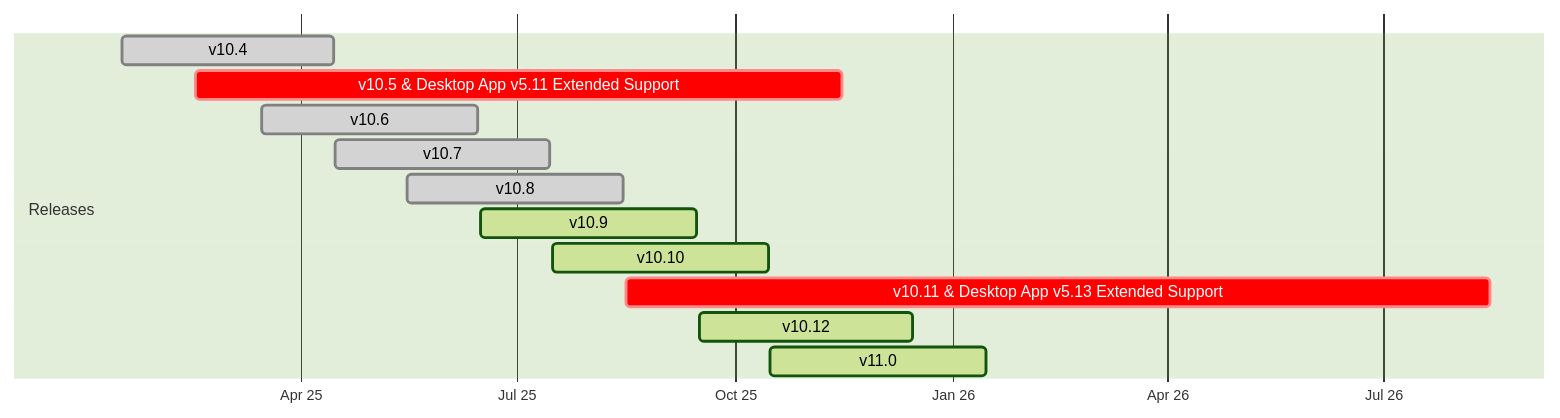
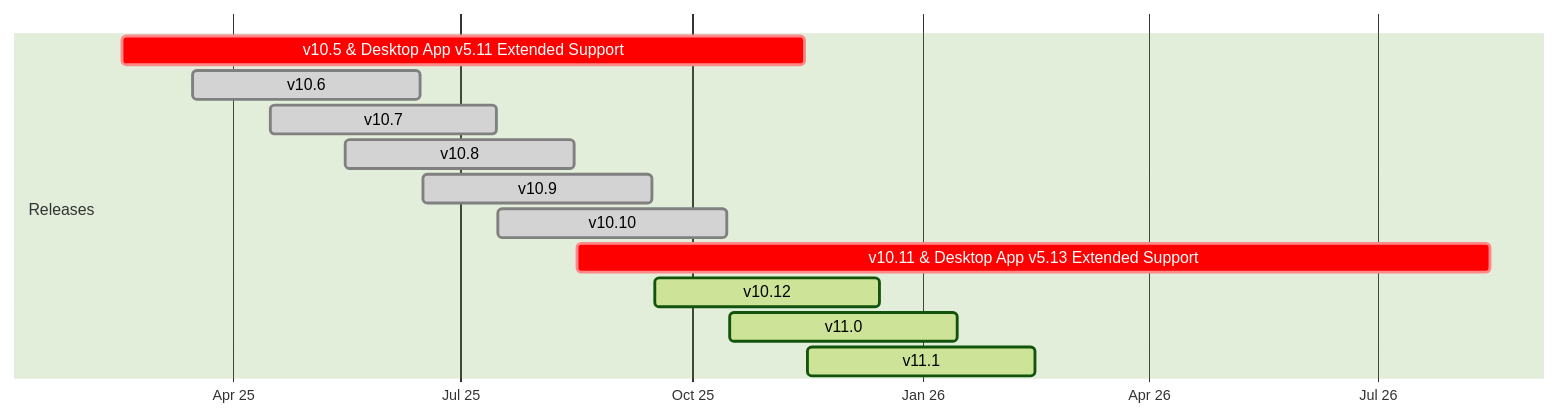
One commit to mattermost/docs changed the diagram in source/product-overview/release-policy.md. Above: the diagram before and after it, drawn with Mermaid (forest theme).

````diff
--- a/source/product-overview/release-policy.md
+++ b/source/product-overview/release-policy.md
@@ -50,18 +50,18 @@
 ```{mermaid}
 
 gantt
     dateFormat  YYYY-MM-DD
     axisFormat  %b %y
 
     section Releases
-    v10.4                  :done,  2025-01-16, 2025-04-15
     v10.5 & Desktop App v5.11 Extended Support :crit,    2025-02-16, 2025-11-15
     v10.6                  :done, 2025-03-16, 2025-06-15
     v10.7                  :done, 2025-04-16, 2025-07-15
     v10.8                  :done, 2025-05-16, 2025-08-15
-    v10.9                  :active, 2025-06-16, 2025-09-15
-    v10.10                 :active, 2025-07-16, 2025-10-15
+    v10.9                  :done, 2025-06-16, 2025-09-15
+    v10.10                 :done, 2025-07-16, 2025-10-15
     v10.11 & Desktop App v5.13 Extended Support :crit,    2025-08-16, 2026-08-15
     v10.12                 :active, 2025-09-16, 2025-12-15
     v11.0                  :active, 2025-10-16, 2026-01-15
+    v11.1                  :active, 2025-11-16, 2026-02-15
 ```
````
